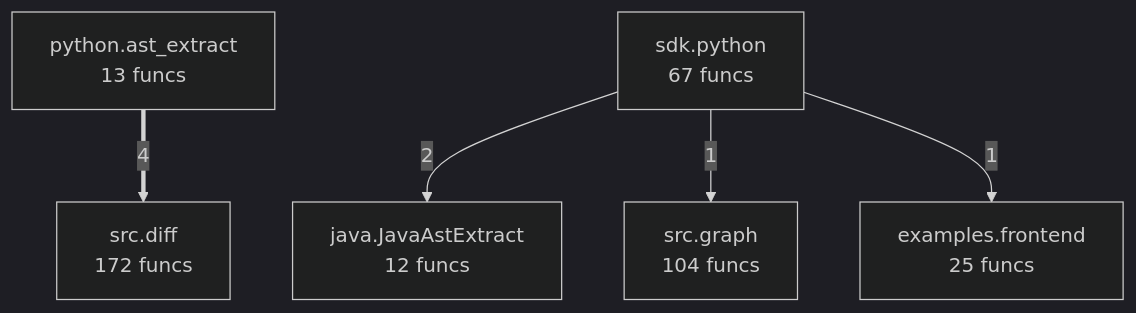
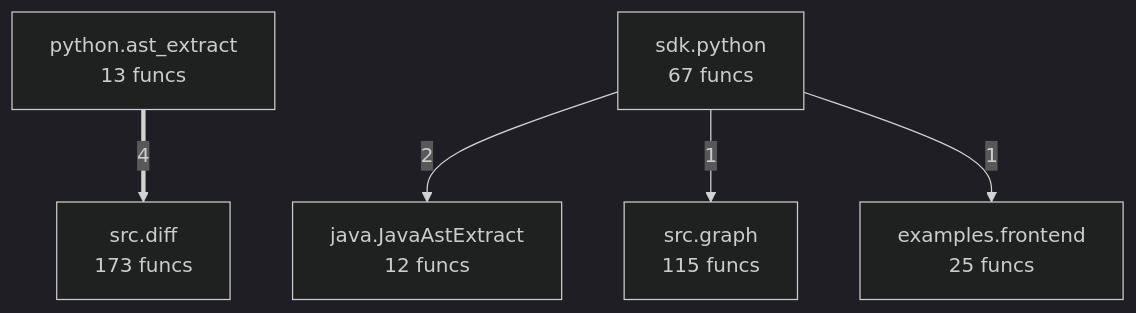
The diagram in project/compact_flow.mmd (autogrammar/todo2code), drawn with Mermaid (dark theme) before and after one commit. The commit also changed 54 other files, not shown here.

```diff
--- a/project/compact_flow.mmd
+++ b/project/compact_flow.mmd
@@ -1,12 +1,12 @@
 flowchart TD
 %% generated in 0.03s
     examples__frontend["examples.frontend<br/>25 funcs"]
     java__JavaAstExtract["java.JavaAstExtract<br/>12 funcs"]
     python__ast_extract["python.ast_extract<br/>13 funcs"]
     sdk__python["sdk.python<br/>67 funcs"]
-    src__diff["src.diff<br/>172 funcs"]
-    src__graph["src.graph<br/>104 funcs"]
+    src__diff["src.diff<br/>173 funcs"]
+    src__graph["src.graph<br/>115 funcs"]
     python__ast_extract ==>|4| src__diff
     sdk__python -->|2| java__JavaAstExtract
     sdk__python -->|1| src__graph
     sdk__python -->|1| examples__frontend
```
